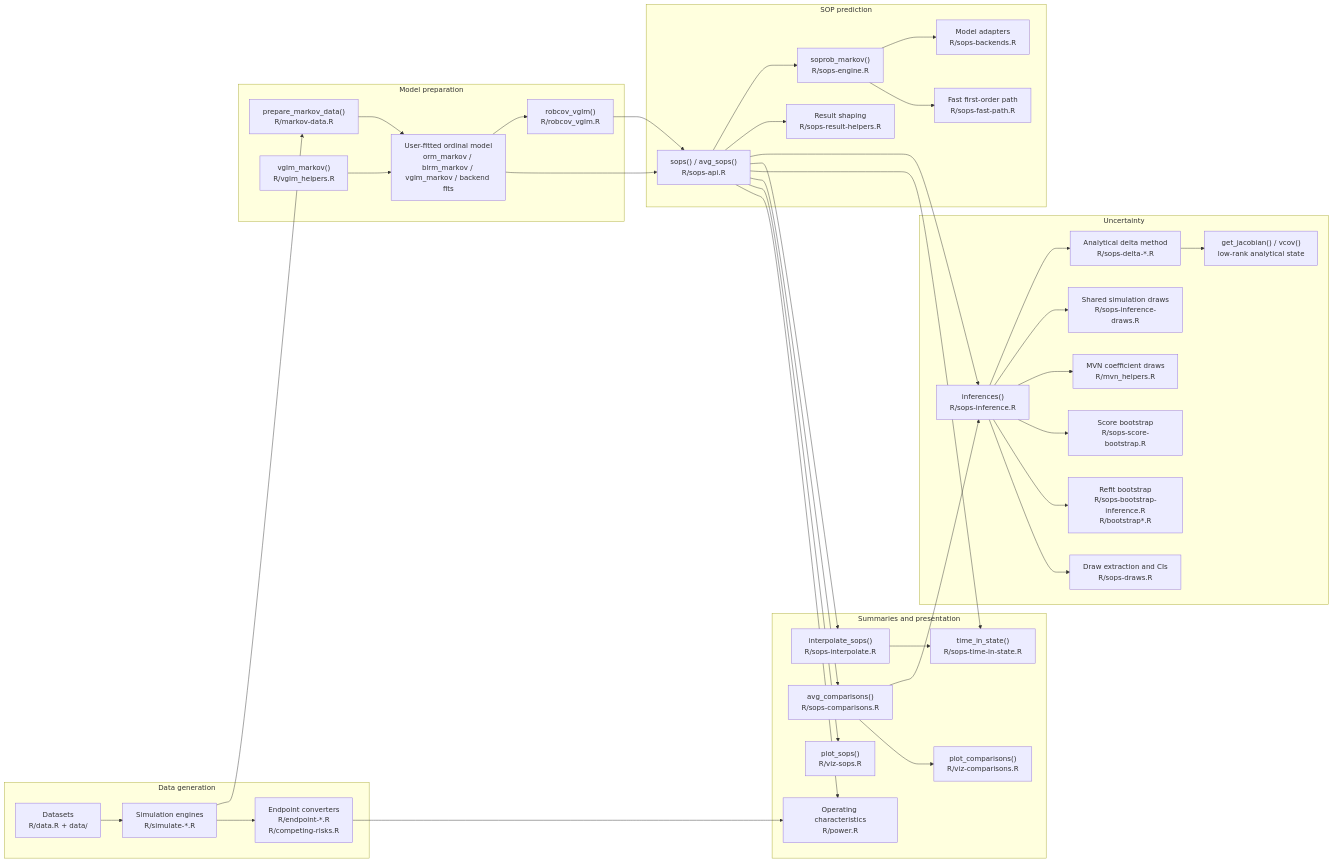
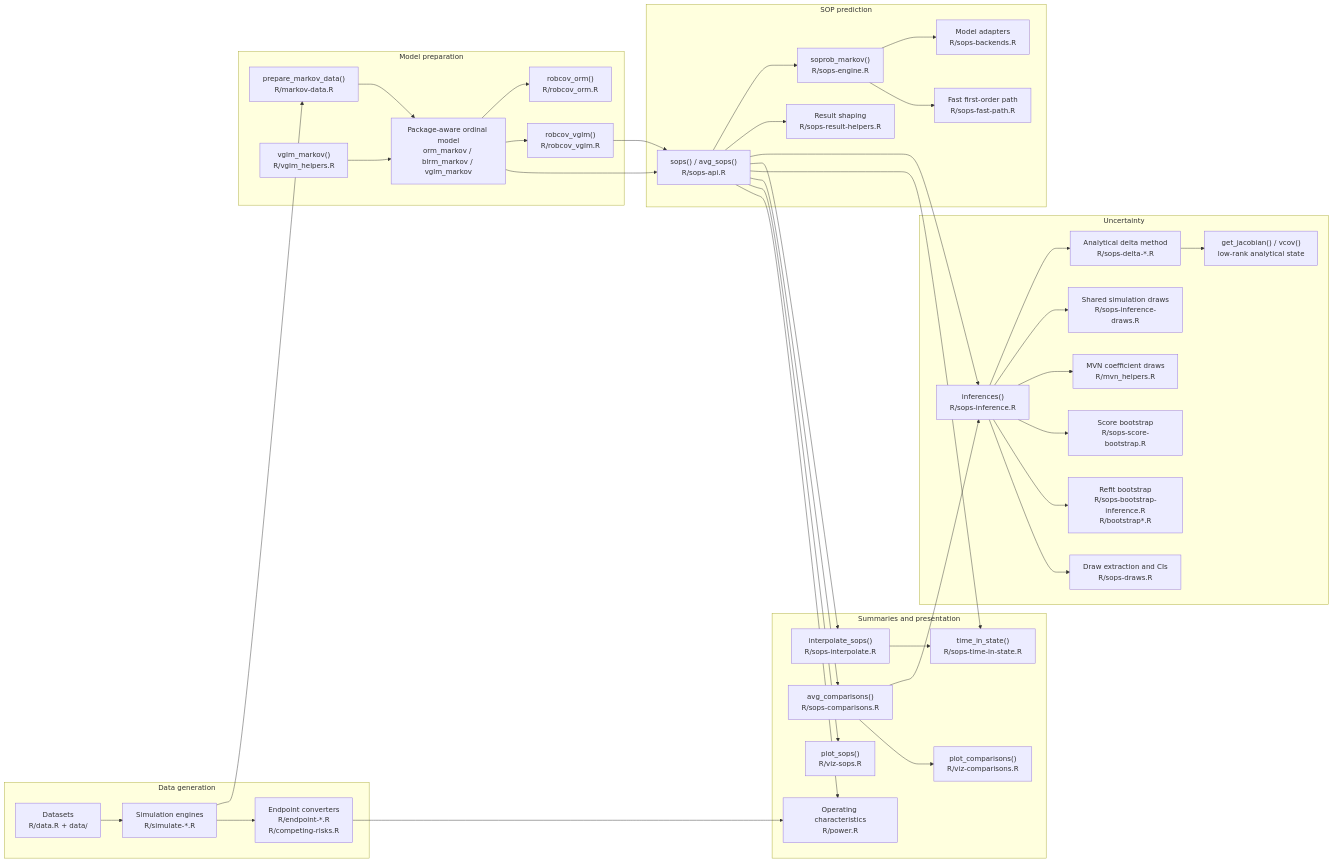
Before and after one commit to scjohannes/markov.misc: the first of 7 diagrams in ARCHITECTURE.md, drawn with Mermaid. The commit also changed other lines of this file and 44 other files, not shown here.

Commit message:
Own ORM robust covariance and require Markov wrapper provenance

````diff
--- a/ARCHITECTURE.md
+++ b/ARCHITECTURE.md
@@ -28,73 +28,75 @@
 ```mermaid
 flowchart LR
   subgraph "Data generation"
     SIM["Simulation engines<br/>R/simulate-*.R"]
     BASE["Datasets<br/>R/data.R + data/"]
     ENDPOINT_IN["Endpoint converters<br/>R/endpoint-*.R<br/>R/competing-risks.R"]
   end
 
   subgraph "Model preparation"
     PREP["prepare_markov_data()<br/>R/markov-data.R"]
-    FIT["User-fitted ordinal model<br/>orm_markov / blrm_markov / vglm_markov / backend fits"]
+    FIT["Package-aware ordinal model<br/>orm_markov / blrm_markov / vglm_markov"]
+    ORM_ROB["robcov_orm()<br/>R/robcov_orm.R"]
     VGLM_FIT["vglm_markov()<br/>R/vglm_helpers.R"]
     ROB["robcov_vglm()<br/>R/robcov_vglm.R"]
   end
 
   subgraph "SOP prediction"
     API["sops() / avg_sops()<br/>R/sops-api.R"]
     BACKENDS["Model adapters<br/>R/sops-backends.R"]
     ENGINE["soprob_markov()<br/>R/sops-engine.R"]
     FAST["Fast first-order path<br/>R/sops-fast-path.R"]
     RESULT["Result shaping<br/>R/sops-result-helpers.R"]
   end
 
   subgraph "Uncertainty"
     INF["inferences()<br/>R/sops-inference.R"]
     DELTA["Analytical delta method<br/>R/sops-delta-*.R"]
     DELTA_ACCESS["get_jacobian() / vcov()<br/>low-rank analytical state"]
     MVN["MVN coefficient draws<br/>R/mvn_helpers.R"]
     SCORE["Score bootstrap<br/>R/sops-score-bootstrap.R"]
     SIM_DRAWS["Shared simulation draws<br/>R/sops-inference-draws.R"]
     REFIT["Refit bootstrap<br/>R/sops-bootstrap-inference.R<br/>R/bootstrap*.R"]
     DRAWS["Draw extraction and CIs<br/>R/sops-draws.R"]
   end
 
   subgraph "Summaries and presentation"
     TIS["time_in_state()<br/>R/sops-time-in-state.R"]
     COMP["avg_comparisons()<br/>R/sops-comparisons.R"]
     INT["interpolate_sops()<br/>R/sops-interpolate.R"]
     PLOT["plot_sops()<br/>R/viz-sops.R"]
     PLOT_COMP["plot_comparisons()<br/>R/viz-comparisons.R"]
     OC["Operating characteristics<br/>R/power.R"]
   end
 
   SIM --> PREP
   BASE --> SIM
   SIM --> ENDPOINT_IN
   PREP --> FIT
   VGLM_FIT --> FIT
+  FIT --> ORM_ROB
   FIT --> ROB
   FIT --> API
   ROB --> API
   API --> ENGINE
   API --> RESULT
   ENGINE --> BACKENDS
   ENGINE --> FAST
   API --> INF
   INF --> DELTA
   DELTA --> DELTA_ACCESS
   INF --> SIM_DRAWS
   INF --> MVN
   INF --> SCORE
   INF --> REFIT
   INF --> DRAWS
   API --> INT
   API --> TIS
   API --> COMP
   COMP --> INF
   INT --> TIS
   API --> PLOT
   COMP --> PLOT_COMP
   ENDPOINT_IN --> OC
   API --> OC
 ```
````
